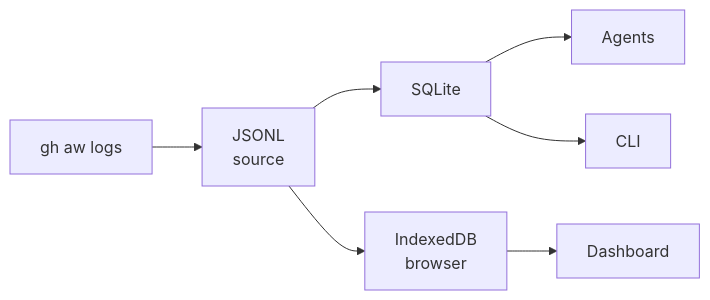
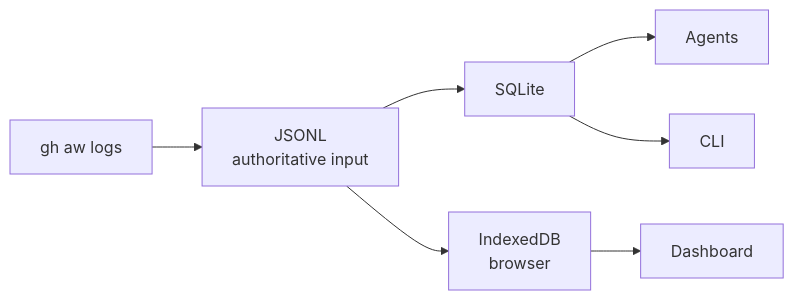
One commit to githubnext/gh-aw-cao changed the first of 3 diagrams in docs/dashboard-data-model.md. Above: the diagram before and after it, drawn with Mermaid. The commit also changed other lines of this file and 14 other files, not shown here.

````diff
--- a/docs/dashboard-data-model.md
+++ b/docs/dashboard-data-model.md
@@ -16,9 +16,9 @@
 ```mermaid
 flowchart LR
-  logs["gh aw logs"] --> source["JSONL<br/>source"]
+  logs["gh aw logs"] --> source["JSONL<br/>authoritative input"]
   source --> sqlite["SQLite"]
   sqlite --> agents["Agents"]
   sqlite --> cli["CLI"]
   source --> indexeddb["IndexedDB<br/>browser"]
   indexeddb --> dashboard["Dashboard"]
 ```
````
